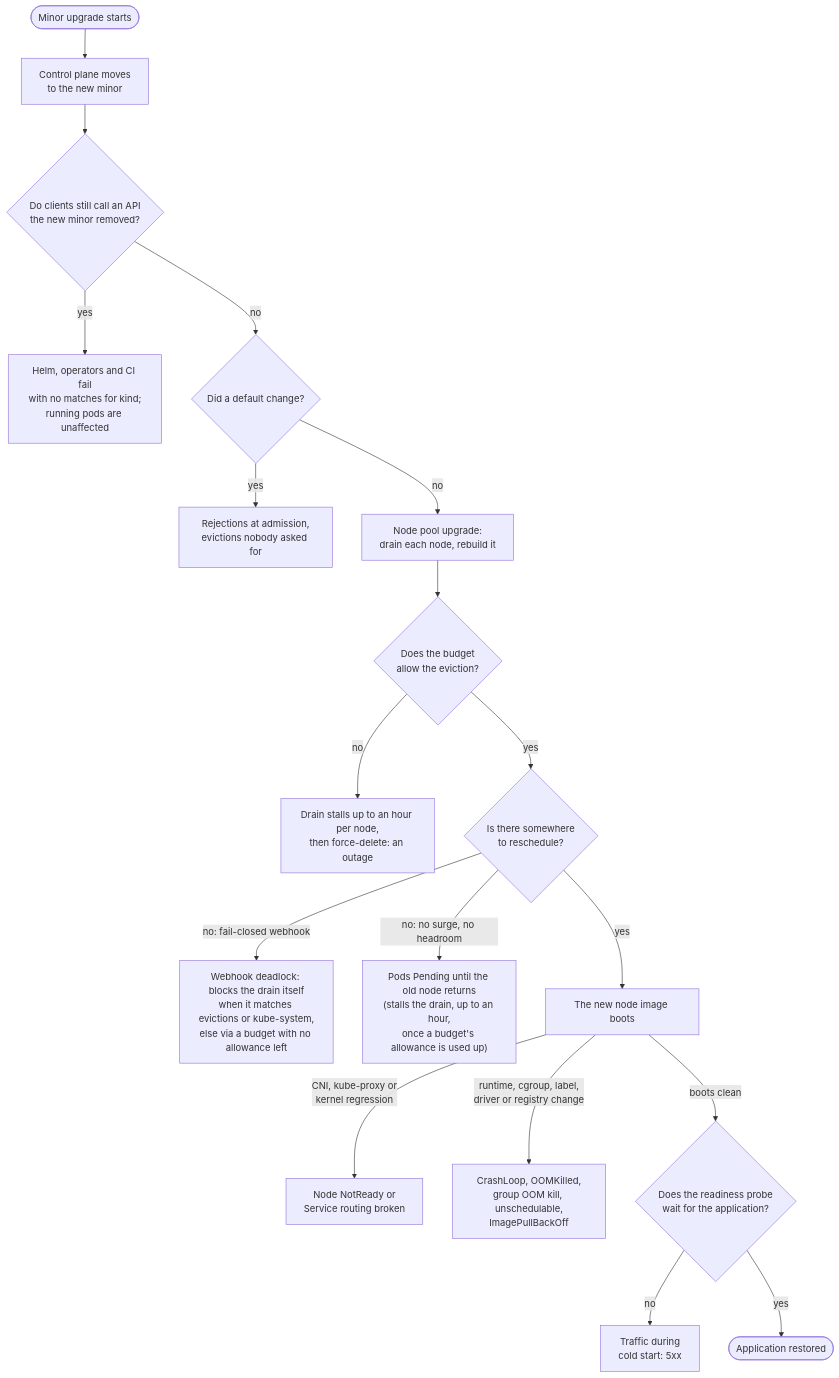
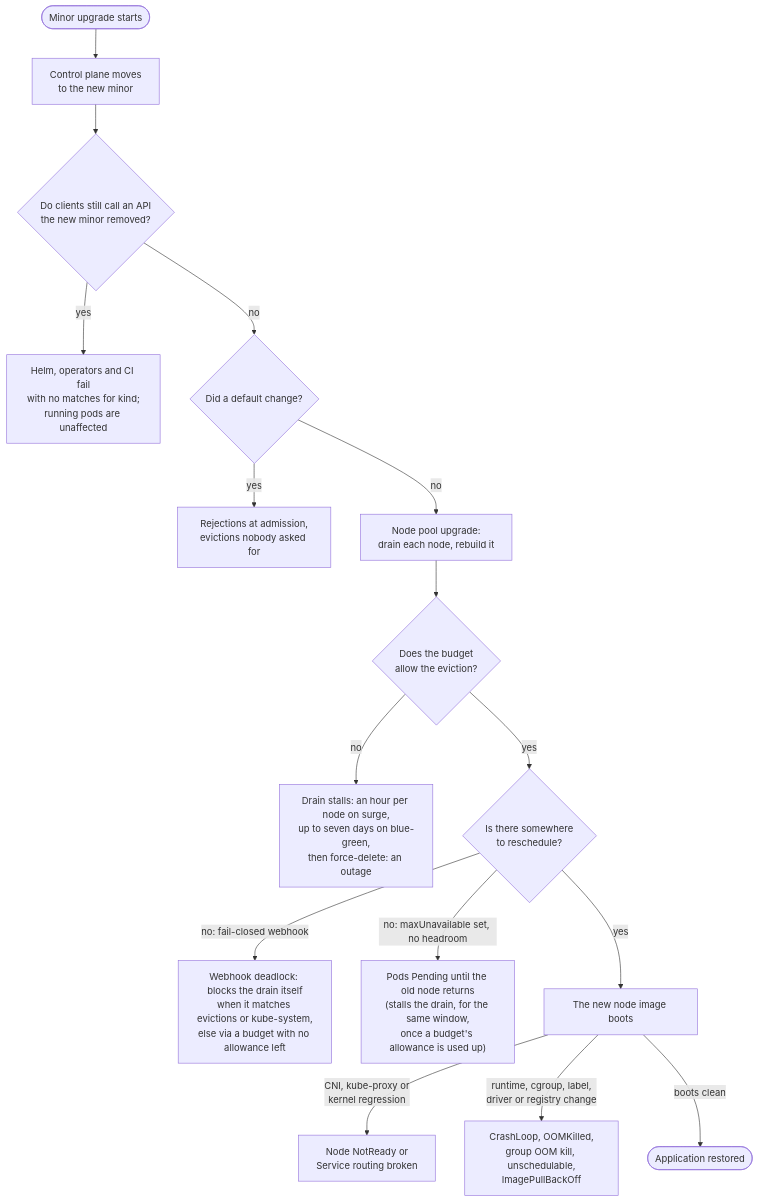
One commit to gke-labs/kube-agents changed the diagram in docs/designs/upgrade-failure-catalogue.md. Above: the diagram before and after it, drawn with Mermaid. The commit also changed other lines of this file, not shown here.

Commit message:
docs(designs): scope the capacity entry to pools that allow unavailability, drop cold start, make the budget window strategy-dependent, reframe the runtime entry

````diff
--- a/docs/designs/upgrade-failure-catalogue.md
+++ b/docs/designs/upgrade-failure-catalogue.md
@@ -155,20 +157,18 @@
 ```mermaid
 flowchart TD
     Start([Minor upgrade starts]) --> CP[Control plane moves<br/>to the new minor]
     CP --> Removed{Do clients still call an API<br/>the new minor removed?}
     Removed -- yes --> APIDep["Helm, operators and CI fail<br/>with no matches for kind;<br/>running pods are unaffected"]
     Removed -- no --> Defaults{Did a default change?}
     Defaults -- yes --> Adm["Rejections at admission,<br/>evictions nobody asked for"]
     Defaults -- no --> Pool[Node pool upgrade:<br/>drain each node, rebuild it]
     Pool --> PDB{Does the budget<br/>allow the eviction?}
-    PDB -- no --> Stall["Drain stalls up to an hour per node,<br/>then force-delete: an outage"]
+    PDB -- no --> Stall["Drain stalls: an hour per node on surge,<br/>up to seven days on blue-green,<br/>then force-delete: an outage"]
     PDB -- yes --> Room{Is there somewhere<br/>to reschedule?}
     Room -- "no: fail-closed webhook" --> Deadlock["Webhook deadlock: blocks the drain itself<br/>when it matches evictions or kube-system,<br/>else via a budget with no allowance left"]
-    Room -- "no: no surge, no headroom" --> Pending["Pods Pending until the old node returns<br/>(stalls the drain, up to an hour,<br/>once a budget's allowance is used up)"]
+    Room -- "no: maxUnavailable set, no headroom" --> Pending["Pods Pending until the old node returns<br/>(stalls the drain, for the same window,<br/>once a budget's allowance is used up)"]
     Room -- yes --> Image[The new node image boots]
     Image -- "CNI, kube-proxy or<br/>kernel regression" --> Net[Node NotReady or<br/>Service routing broken]
     Image -- "runtime, cgroup, label,<br/>driver or registry change" --> Crash["CrashLoop, OOMKilled,<br/>group OOM kill, unschedulable,<br/>ImagePullBackOff"]
-    Image -- boots clean --> Ready{Does the readiness probe<br/>wait for the application?}
-    Ready -- no --> Cold[Traffic during<br/>cold start: 5xx]
-    Ready -- yes --> OK([Application restored])
+    Image -- boots clean --> OK([Application restored])
 ```
````
